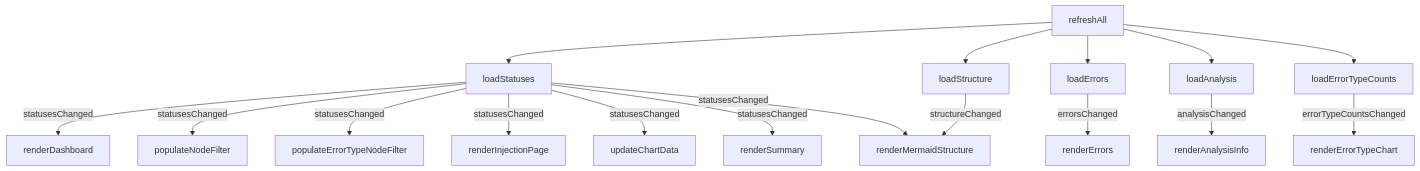
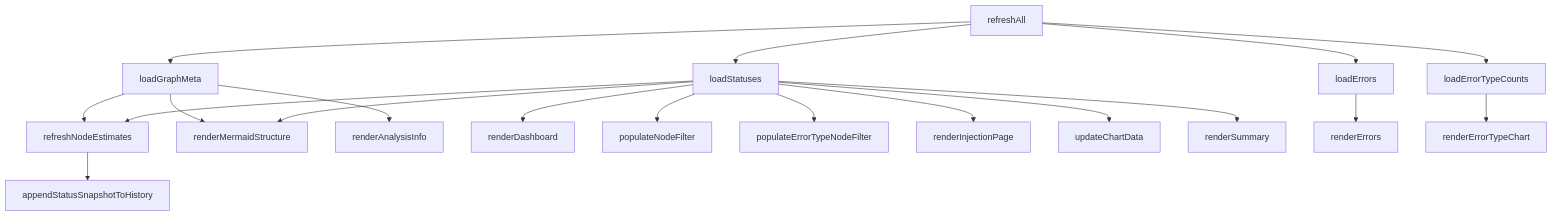
Before and after one commit to Mr-xiaotian/celestialflow-web: the first of 2 diagrams in docs/zh-CN/src/static/ts/main.md, drawn with Mermaid. The commit also changed other lines of this file and 46 other files, not shown here.

````diff
--- a/docs/zh-CN/src/static/ts/main.md
+++ b/docs/zh-CN/src/static/ts/main.md
@@ -46,24 +55,22 @@
 ```mermaid
 flowchart TD
     RA[refreshAll] --> LS[loadStatuses]
-    RA --> LST[loadStructure]
+    RA --> LGM[loadGraphMeta]
     RA --> LE[loadErrors]
-    RA --> LA[loadAnalysis]
     RA --> LET[loadErrorTypeCounts]
 
-    LS -->|statusesChanged| RD[renderDashboard]
-    LS -->|statusesChanged| PN[populateNodeFilter]
-    LS -->|statusesChanged| PN2[populateErrorTypeNodeFilter]
-    LS -->|statusesChanged| RI[renderInjectionPage]
-    LS -->|statusesChanged| UC[updateChartData]
-    LS -->|statusesChanged| RS[renderSummary]
-
-    LST -->|structureChanged| RM[renderMermaidStructure]
-    LS -->|statusesChanged| RM
-
-    LE -->|errorsChanged| RE[renderErrors]
-
-    LA -->|analysisChanged| RAI[renderAnalysisInfo]
-
-    LET -->|errorTypeCountsChanged| RET[renderErrorTypeChart]
+    LS --> EST[refreshNodeEstimates]
+    LGM --> EST
+    EST --> HIST[appendStatusSnapshotToHistory]
+    LS --> RM[renderMermaidStructure]
+    LGM --> RM
+    LGM --> RAI[renderAnalysisInfo]
+    LS --> RD[renderDashboard]
+    LS --> PN[populateNodeFilter]
+    LS --> PN2[populateErrorTypeNodeFilter]
+    LS --> RI[renderInjectionPage]
+    LS --> UC[updateChartData]
+    LS --> RS[renderSummary]
+    LE --> RE[renderErrors]
+    LET --> RET[renderErrorTypeChart]
 ```
````
